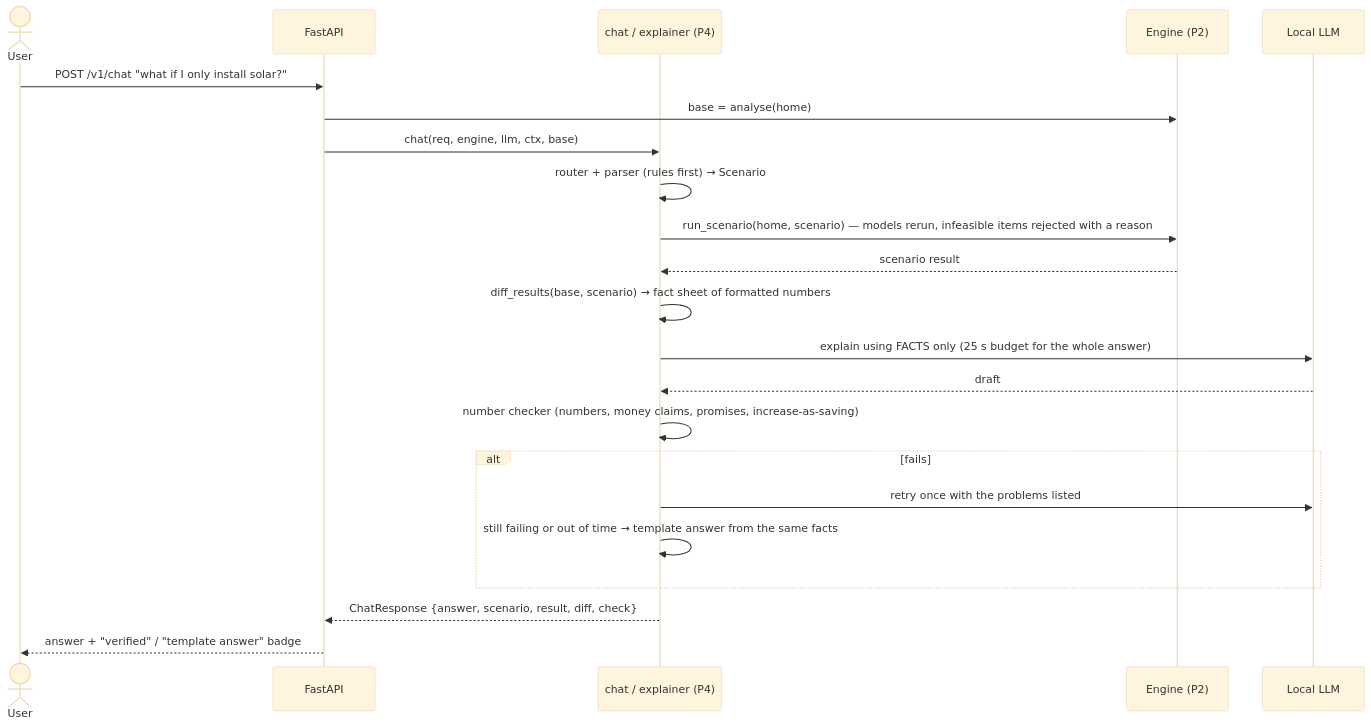
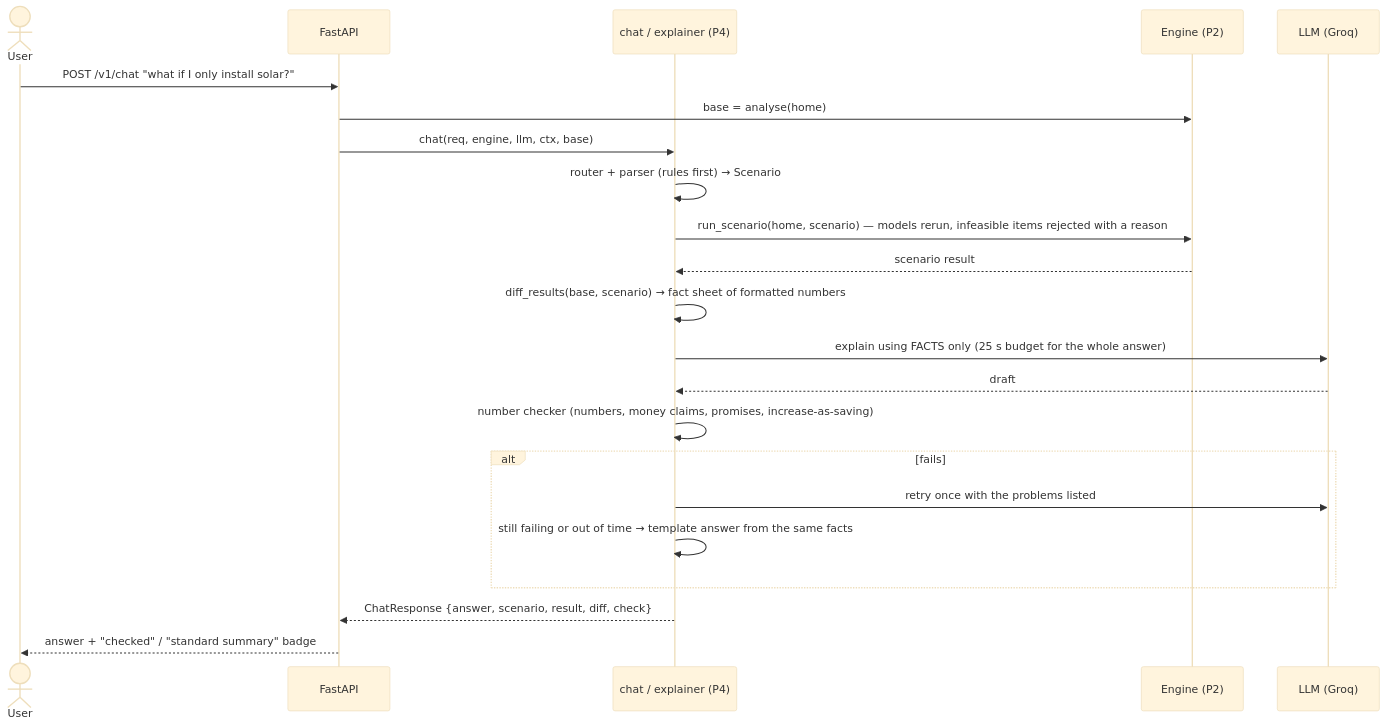
Before and after one commit to krithikkambhampati/Megathon-2026: the third of 4 diagrams in docs/ARCHITECTURE.md, drawn with Mermaid (base theme). The commit also changed other lines of this file and 17 other files, not shown here.

````diff
--- a/docs/ARCHITECTURE.md
+++ b/docs/ARCHITECTURE.md
@@ -93,24 +96,24 @@
 ```mermaid
 sequenceDiagram
   actor U as User
   participant API as FastAPI
   participant C as chat / explainer (P4)
   participant E as Engine (P2)
-  participant L as Local LLM
+  participant L as LLM (Groq)
   U->>API: POST /v1/chat "what if I only install solar?"
   API->>E: base = analyse(home)
   API->>C: chat(req, engine, llm, ctx, base)
   C->>C: router + parser (rules first) → Scenario
   C->>E: run_scenario(home, scenario)  — models rerun, infeasible items rejected with a reason
   E-->>C: scenario result
   C->>C: diff_results(base, scenario) → fact sheet of formatted numbers
   C->>L: explain using FACTS only (25 s budget for the whole answer)
   L-->>C: draft
   C->>C: number checker (numbers, money claims, promises, increase-as-saving)
   alt fails
     C->>L: retry once with the problems listed
     C->>C: still failing or out of time → template answer from the same facts
   end
   C-->>API: ChatResponse {answer, scenario, result, diff, check}
-  API-->>U: answer + "verified" / "template answer" badge
+  API-->>U: answer + "checked" / "standard summary" badge
 ```
````
